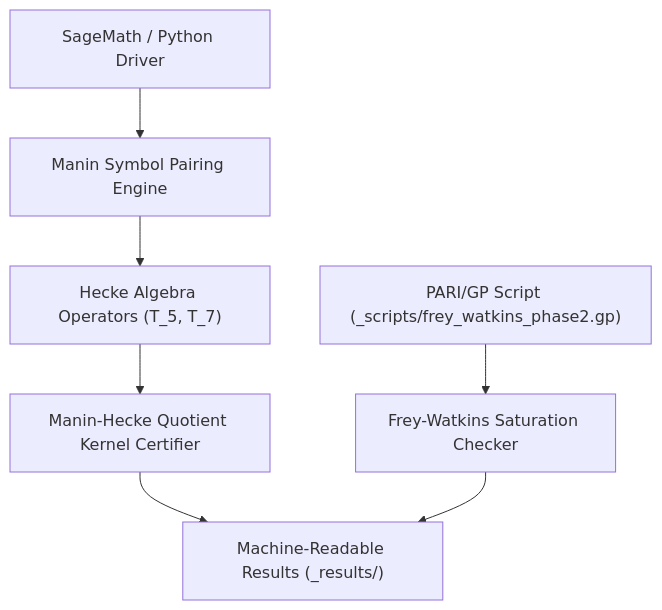
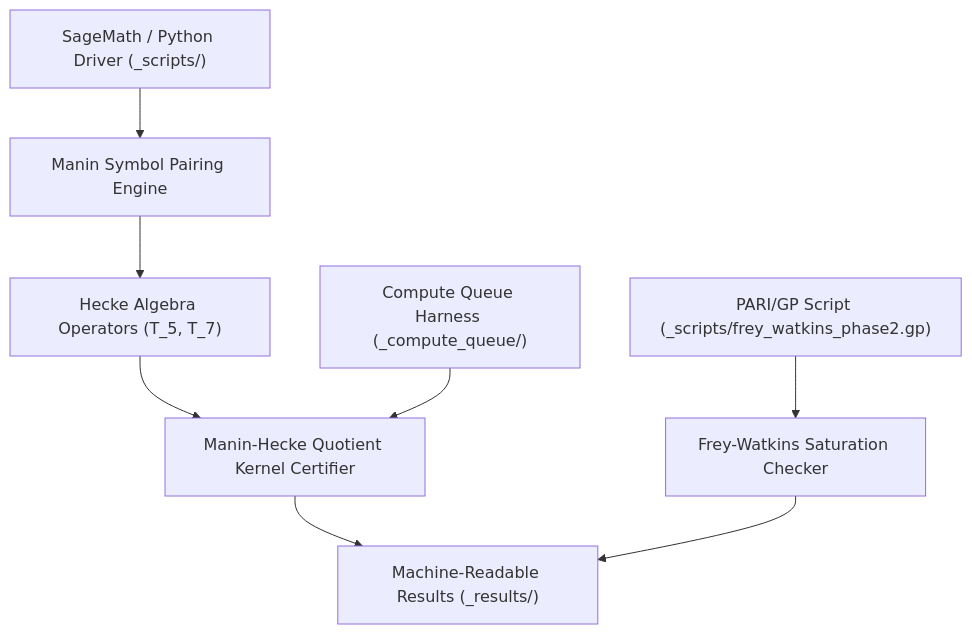
The first of 2 diagrams in README.md (research-line/abc-hct), drawn with Mermaid before and after one commit. The commit also changed other lines of this file and 8 other files, not shown here.

````diff
--- a/README.md
+++ b/README.md
@@ -38,9 +82,10 @@
 ```mermaid
 graph TD
-    A["SageMath / Python Driver"] --> B["Manin Symbol Pairing Engine"]
+    A["SageMath / Python Driver (_scripts/)"] --> B["Manin Symbol Pairing Engine"]
     B --> C["Hecke Algebra Operators (T_5, T_7)"]
     C --> D["Manin-Hecke Quotient Kernel Certifier"]
     D --> E["Machine-Readable Results (_results/)"]
     F["PARI/GP Script (_scripts/frey_watkins_phase2.gp)"] --> G["Frey-Watkins Saturation Checker"]
     G --> E
+    H["Compute Queue Harness (_compute_queue/)"] --> D
 ```
````
